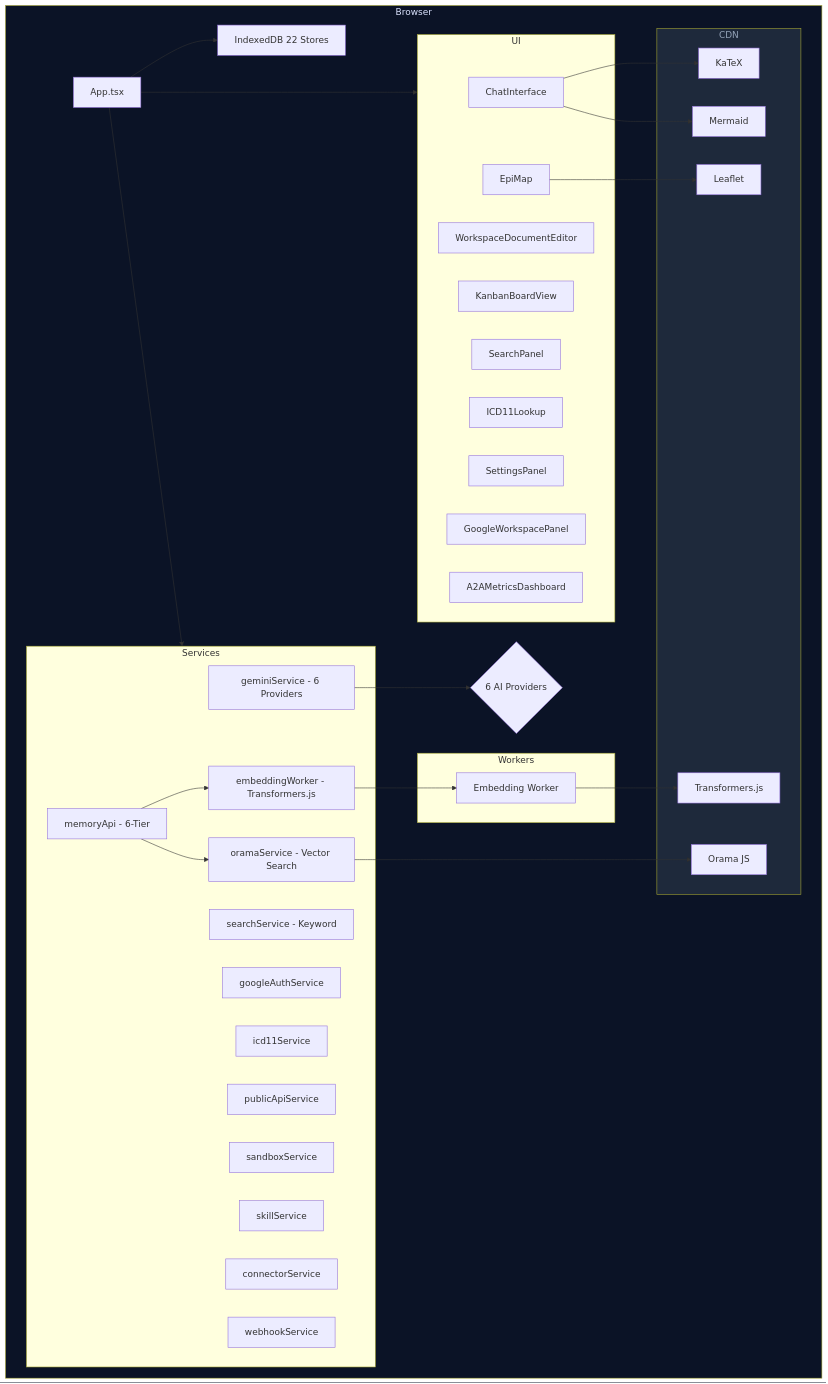
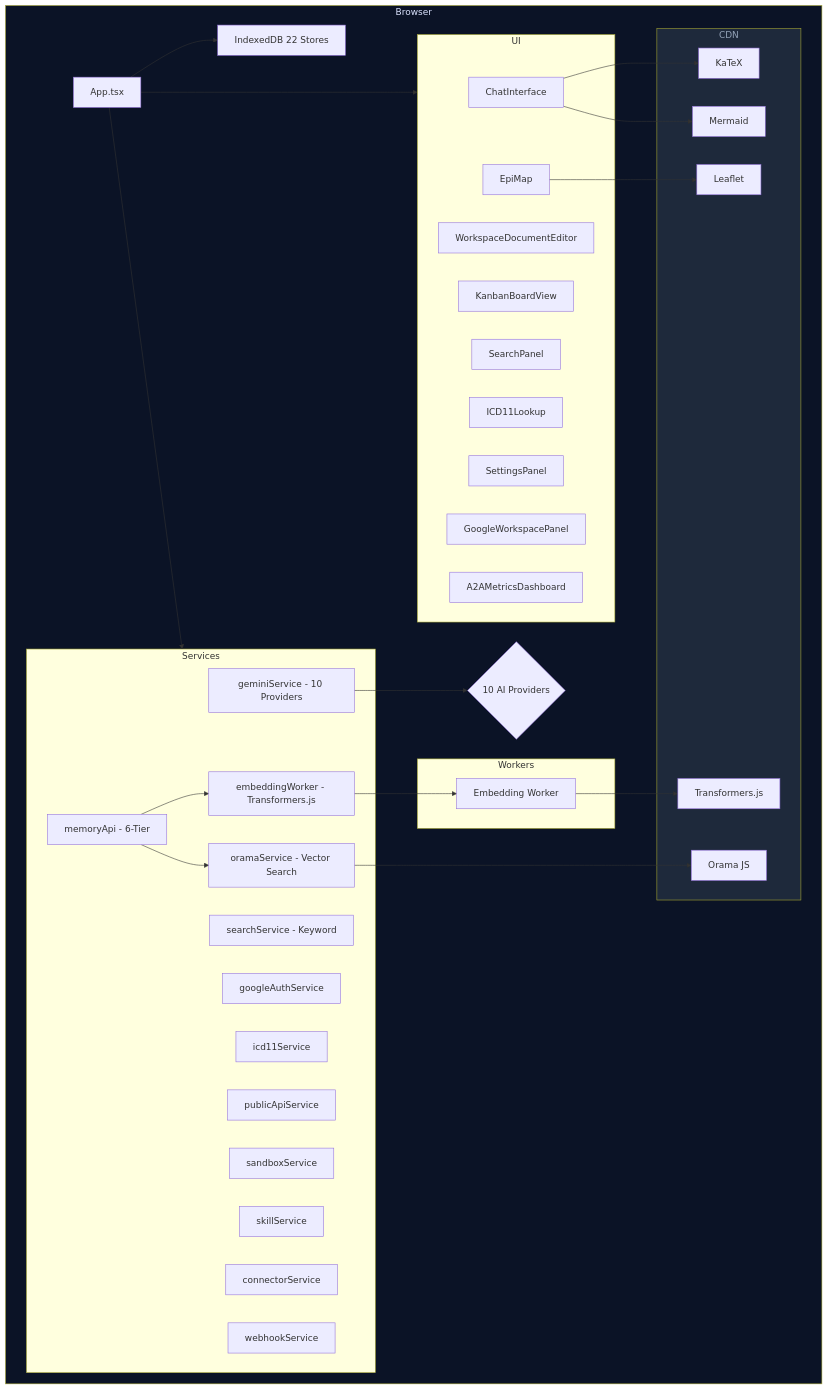
Before and after one commit to zsdotcom/zs-oks: the diagram in docs/project/004-architecture.md, drawn with Mermaid. The commit also changed other lines of this file and 16 other files, not shown here.

````diff
--- a/docs/project/004-architecture.md
+++ b/docs/project/004-architecture.md
@@ -14,60 +14,60 @@
 ```mermaid
 graph TB
     subgraph Browser
         App[App.tsx] --> UI[UI Components]
         App --> Services[Services Layer]
         App --> DB[IndexedDB 22 Stores]
 
         subgraph UI
             Chat[ChatInterface]
             Editor[WorkspaceDocumentEditor]
             Kanban[KanbanBoardView]
             Search[SearchPanel]
             EpiMap[EpiMap]
             ICD11[ICD11Lookup]
             Settings[SettingsPanel]
             Google[GoogleWorkspacePanel]
             A2A[A2AMetricsDashboard]
         end
 
         subgraph Services
-            LLM[geminiService - 6 Providers]
+            LLM[geminiService - 10 Providers]
             Memory[memoryApi - 6-Tier]
             Embed[embeddingWorker - Transformers.js]
             Orama[oramaService - Vector Search]
             SearchSvc[searchService - Keyword]
             GoogleAuth[googleAuthService]
             ICD[icd11Service]
             PublicAPI[publicApiService]
             Sandbox[sandboxService]
             Skills[skillService]
             Connectors[connectorService]
             Webhooks[webhookService]
         end
 
         subgraph CDN
             TF[Transformers.js]
             OJS[Orama JS]
             KT[KaTeX]
             MM[Mermaid]
             LF[Leaflet]
         end
 
         subgraph Workers
             EW[Embedding Worker]
         end
 
         Embed --> EW
         EW --> TF
         Memory --> Embed
         Memory --> Orama
         Orama --> OJS
         Chat --> KT
         Chat --> MM
         EpiMap --> LF
-        LLM --> Providers{6 AI Providers}
+        LLM --> Providers{10 AI Providers}
     end
 
     style Browser fill:#0b1326,color:#dae2fd
     style CDN fill:#1e293b,color:#94a3b8
 ```
````
